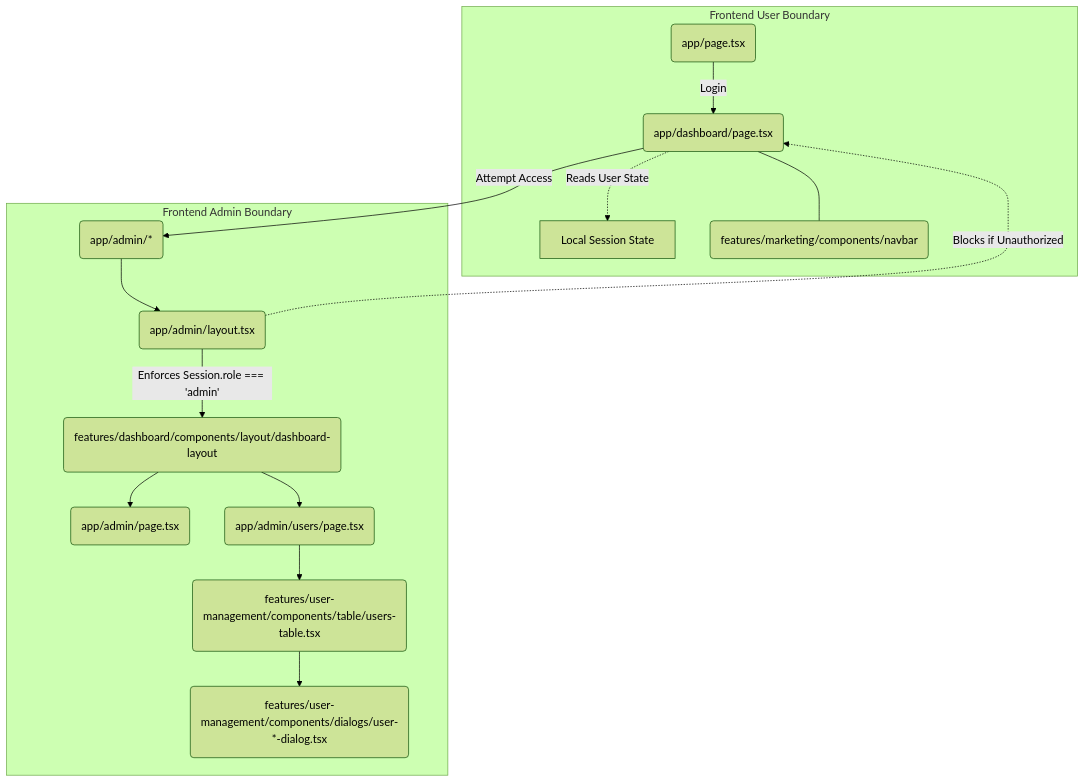
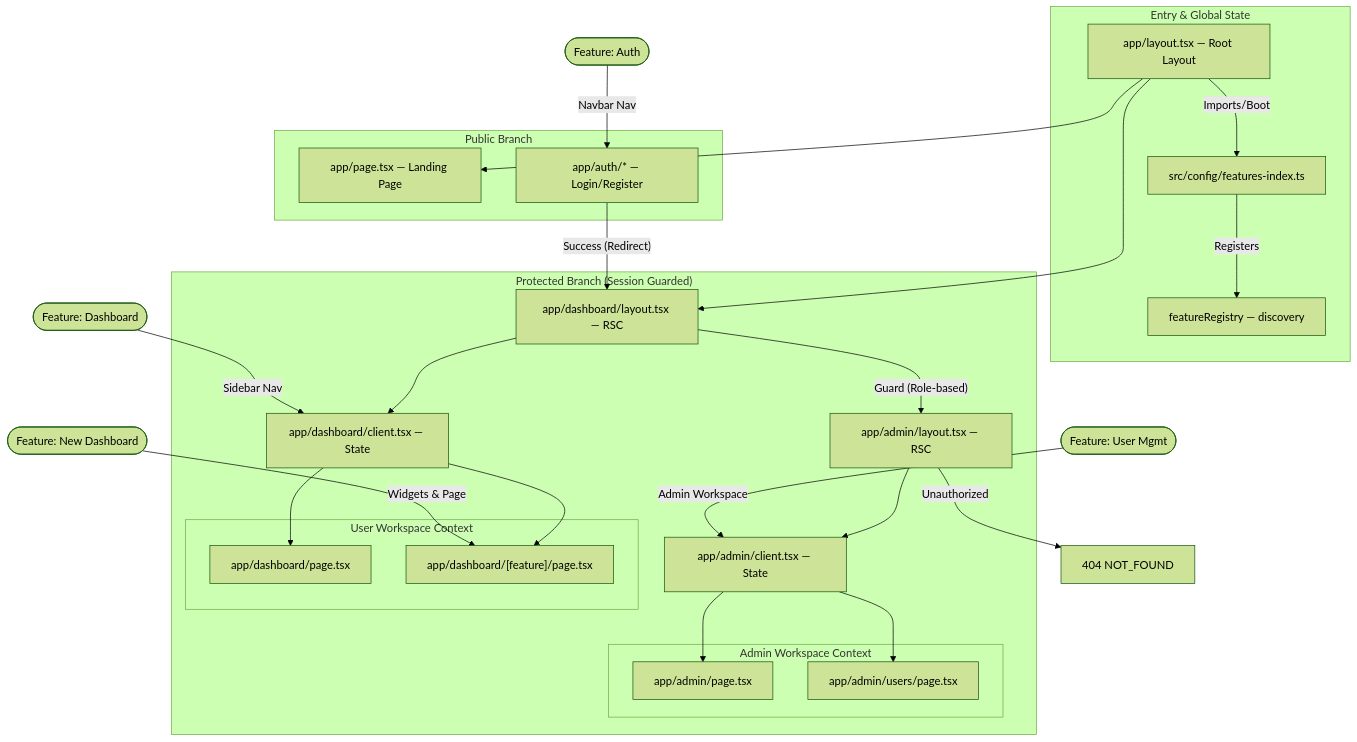
The third of 5 diagrams in ARCHITECTURE.md (good-shepherd-insights/multi-tenant-saas-starter), drawn with Mermaid (forest theme) before and after one commit. The commit also changed other lines of this file and 9 other files, not shown here.

Commit message:
docs: add comprehensive feature engineering manuals and architectural documentation

````diff
--- a/ARCHITECTURE.md
+++ b/ARCHITECTURE.md
@@ -171,24 +304,56 @@
 ```mermaid
 graph TD
-    %% User Routing Context
-    subgraph Frontend User Boundary
-        Landing(app/page.tsx) --> |Login| Dashboard(app/dashboard/page.tsx)
-        Dashboard -.-> |Reads User State| State[Local Session State]
-        Dashboard --- Navbar(features/marketing/components/navbar)
+    subgraph "Entry & Global State"
+        Root["app/layout.tsx — Root Layout"]
+        Registry["featureRegistry — discovery"]
+        FIndex["src/config/features-index.ts"]
+        
+        Root -- "Imports/Boot" --> FIndex
+        FIndex -- "Registers" --> Registry
     end
 
-    %% Admin Routing Context
-    subgraph Frontend Admin Boundary
-        AdminSub(app/admin/*) --> AdminLayout(app/admin/layout.tsx)
-        AdminLayout --> |Enforces Session.role === 'admin'| DashLayout(features/dashboard/components/layout/dashboard-layout)
-        DashLayout --> AdminPage(app/admin/page.tsx)
-        DashLayout --> UsersPage(app/admin/users/page.tsx)
-        
-        UsersPage --> UserTable(features/user-management/components/table/users-table.tsx)
-        UserTable --> Dialogs(features/user-management/components/dialogs/user-*-dialog.tsx)
+    subgraph "Public Branch"
+        Marketing["app/page.tsx — Landing Page"]
+        AuthFlow["app/auth/* — Login/Register"]
     end
 
-    %% Access Constraint
-    Dashboard --> |Attempt Access| AdminSub
-    AdminLayout -.-> |Blocks if Unauthorized| Dashboard
+    subgraph "Protected Branch (Session Guarded)"
+        DLayout["app/dashboard/layout.tsx — RSC"]
+        DClient["app/dashboard/client.tsx — State"]
+        
+        subgraph "User Workspace Context"
+            DOverview["app/dashboard/page.tsx"]
+            DFpages["app/dashboard/[feature]/page.tsx"]
+        end
+
+        ALayout["app/admin/layout.tsx — RSC"]
+        AClient["app/admin/client.tsx — State"]
+
+        subgraph "Admin Workspace Context"
+            AOverview["app/admin/page.tsx"]
+            UMTable["app/admin/users/page.tsx"]
+        end
+    end
+
+    %% Relationships
+    Root --> Marketing
+    Root --> DLayout
+
+    AuthFlow -- "Success (Redirect)" --> DLayout
+    DLayout -- "Guard (Role-based)" --> ALayout
+    ALayout -- "Unauthorized" --> A404["404 NOT_FOUND"]
+    
+    DLayout --> DClient
+    ALayout --> AClient
+    
+    DClient --> DOverview
+    DClient --> DFpages
+    AClient --> AOverview
+    AClient --> UMTable
+
+    %% Feature Plugin Points
+    F_Auth([Feature: Auth]) -- "Navbar Nav" --> AuthFlow
+    F_Dash([Feature: Dashboard]) -- "Sidebar Nav" --> DClient
+    F_NDash([Feature: New Dashboard]) -- "Widgets & Page" --> DFpages
+    F_UM([Feature: User Mgmt]) -- "Admin Workspace" --> AClient
 ```
````
